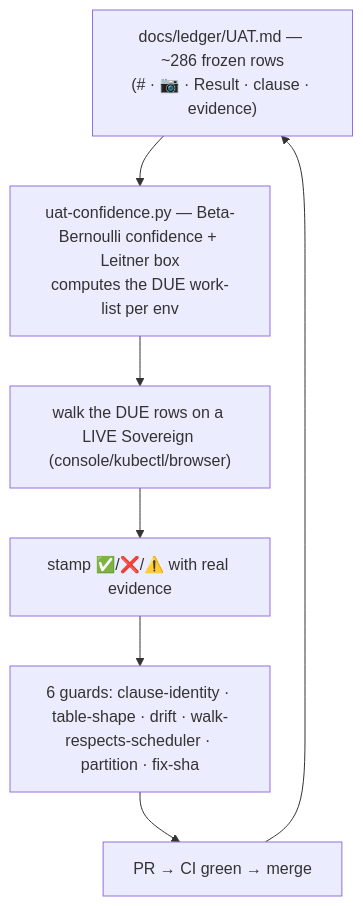
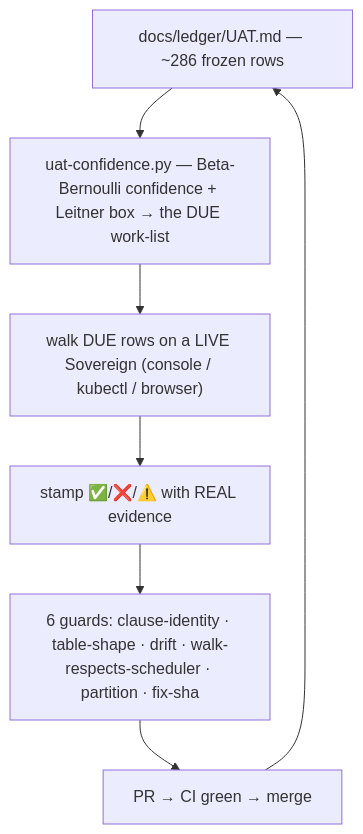
One commit to openova-io/openova changed diagram 16 of 16 in docs/SYSTEM-DESIGN.md. Above: the diagram before and after it, drawn with Mermaid. The commit also changed other lines of this file, not shown here.

````diff
--- a/docs/SYSTEM-DESIGN.md
+++ b/docs/SYSTEM-DESIGN.md
@@ -395,10 +482,10 @@
 ```mermaid
 graph TD
-  LEDGER["docs/ledger/UAT.md — ~286 frozen rows<br/>(# · 📷 · Result · clause · evidence)"]
-  SCHED["uat-confidence.py — Beta-Bernoulli confidence + Leitner box<br/>computes the DUE work-list per env"]
-  WALK["walk the DUE rows on a LIVE Sovereign (console/kubectl/browser)"]
-  STAMP["stamp ✅/❌/⚠️ with real evidence"]
+  LEDGER["docs/ledger/UAT.md — ~286 frozen rows"]
+  SCHED["uat-confidence.py — Beta-Bernoulli confidence + Leitner box → the DUE work-list"]
+  WALK["walk DUE rows on a LIVE Sovereign (console / kubectl / browser)"]
+  STAMP["stamp ✅/❌/⚠️ with REAL evidence"]
   GUARDS["6 guards: clause-identity · table-shape · drift · walk-respects-scheduler · partition · fix-sha"]
   PR2["PR → CI green → merge"]
   LEDGER --> SCHED --> WALK --> STAMP --> GUARDS --> PR2 --> LEDGER
 ```
````
